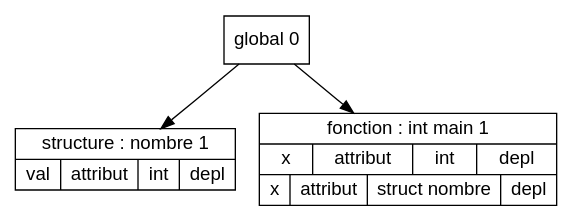
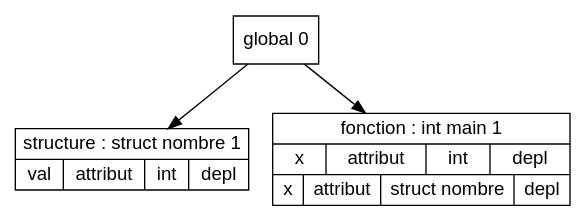
The diagram in Code/out/tds/dot/Test_Erreur_Semantique/var_deja_def3Y.dot (Hamza-ABDOULHOUSSEN/compil), drawn with Graphviz before and after one commit. The commit also changed 82 other files, not shown here.

```diff
--- a/Code/out/tds/dot/Test_Erreur_Semantique/var_deja_def3Y.dot
+++ b/Code/out/tds/dot/Test_Erreur_Semantique/var_deja_def3Y.dot
@@ -1,20 +1,20 @@
 digraph "tds"{
 
 	node [fontname="Arial"];
 
-	N1 [shape=record label="{ structure : nombre 1
+	N1 [shape=record label="{ structure : struct nombre 1
 	| { val | attribut | int | depl }
 	}"];
 
 	N2 [shape=record label="{ fonction : int main 1
 	| { x | attribut | int | depl }
 	| { x | attribut | struct nombre | depl }
 	}"];
 
 	N0 [shape=record label="{ global 0
 	}"];
 
 
 	N0 -> N1; 
 	N0 -> N2; 
 }
```
